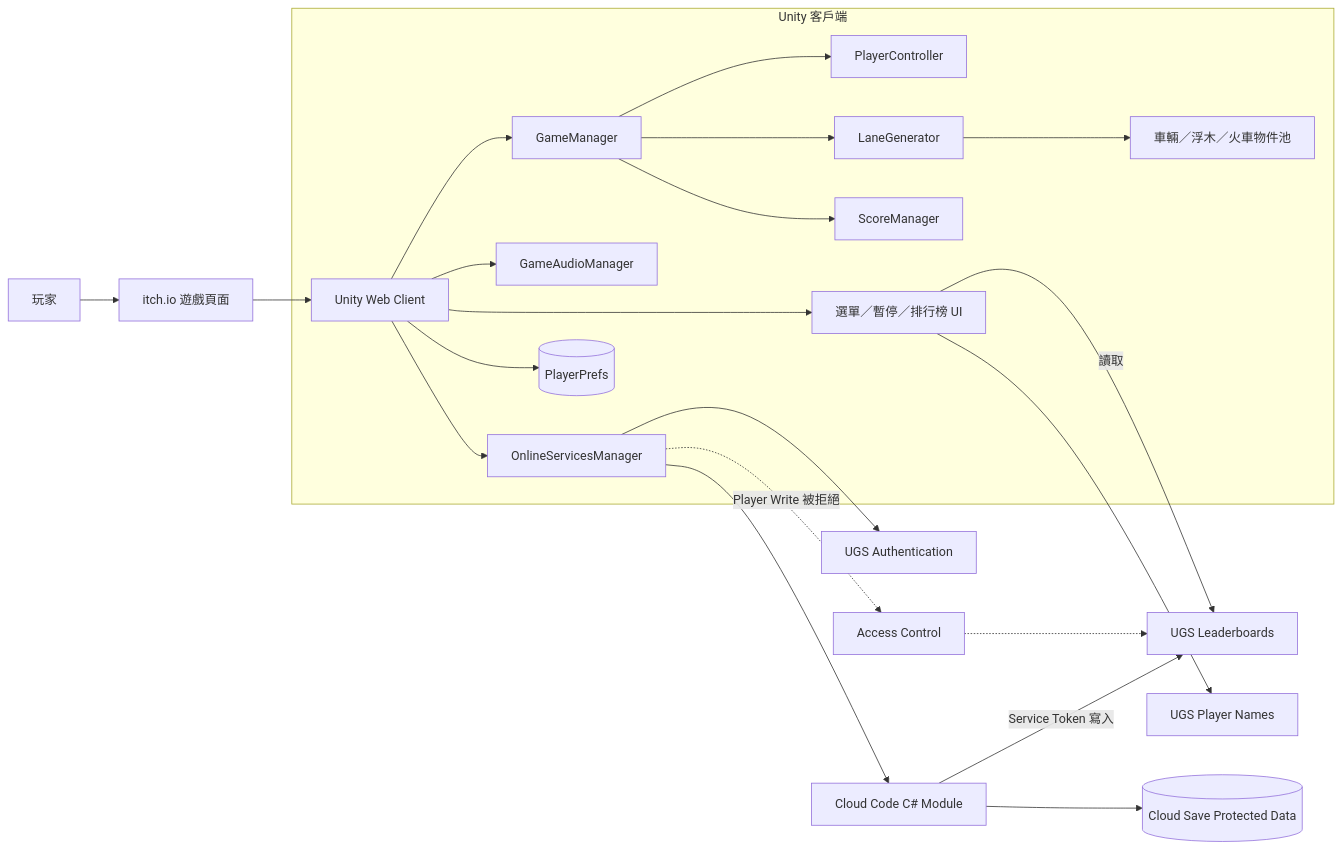
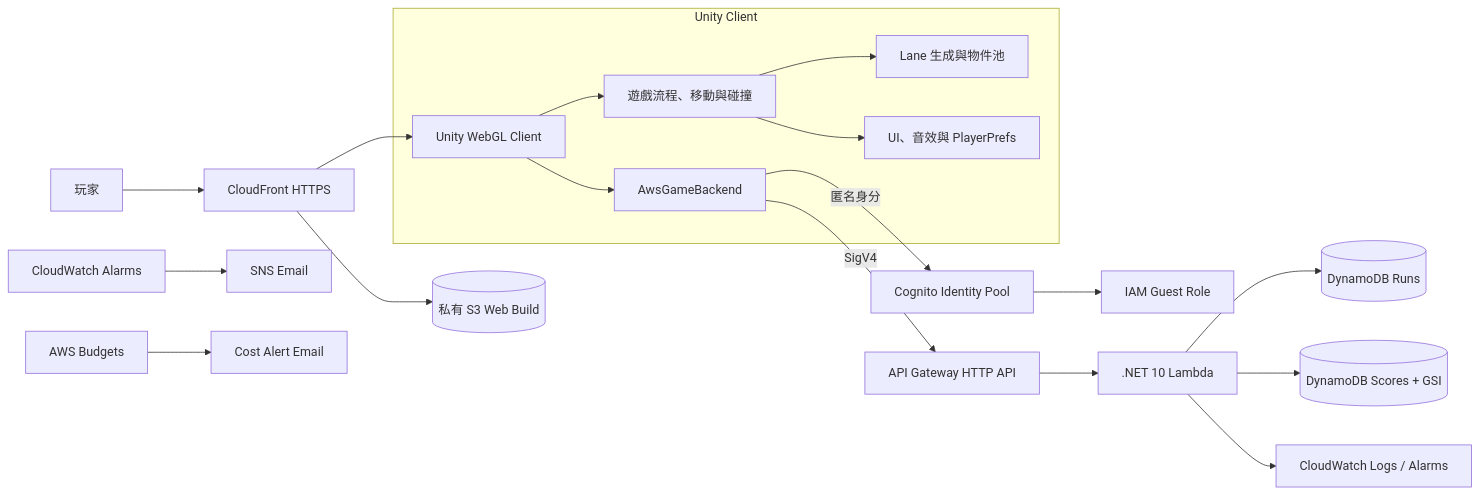
One commit to 789jacobis/CrossyGame changed the first of 2 diagrams in docs/ARCHITECTURE.md. Above: the diagram before and after it, drawn with Mermaid. The commit also changed other lines of this file and 41 other files, not shown here.

Commit message:
Deploy AWS serverless game backend

````diff
--- a/docs/ARCHITECTURE.md
+++ b/docs/ARCHITECTURE.md
@@ -5,26 +7,23 @@
 ```mermaid
 flowchart LR
-    Player[玩家] --> Page[itch.io 遊戲頁面]
-    Page --> Web[Unity Web Client]
+    Player[玩家] --> CDN[CloudFront HTTPS]
+    CDN --> Web[(私有 S3 Web Build)]
+    CDN --> Client[Unity WebGL Client]
 
-    subgraph Client[Unity 客戶端]
-        Web --> GameManager[GameManager]
-        GameManager --> PlayerController[PlayerController]
-        GameManager --> LaneGenerator[LaneGenerator]
-        LaneGenerator --> Pools[車輛／浮木／火車物件池]
-        GameManager --> ScoreManager[ScoreManager]
-        Web --> UI[選單／暫停／排行榜 UI]
-        Web --> Audio[GameAudioManager]
-        Web --> Online[OnlineServicesManager]
-        Web --> Local[(PlayerPrefs)]
+    subgraph ClientSide[Unity Client]
+        Client --> Game[遊戲流程、移動與碰撞]
+        Game --> World[Lane 生成與物件池]
+        Game --> UI[UI、音效與 PlayerPrefs]
+        Client --> Backend[AwsGameBackend]
     end
 
-    Online --> Auth[UGS Authentication]
-    Online --> CloudCode[Cloud Code C# Module]
-    UI -->|讀取| Leaderboards[UGS Leaderboards]
-    UI --> Names[UGS Player Names]
-    CloudCode --> Protected[(Cloud Save Protected Data)]
-    CloudCode -->|Service Token 寫入| Leaderboards
-    Online -.->|Player Write 被拒絕| Access[Access Control]
-    Access -.-> Leaderboards
+    Backend -->|匿名身分| Cognito[Cognito Identity Pool]
+    Cognito --> Role[IAM Guest Role]
+    Backend -->|SigV4| API[API Gateway HTTP API]
+    API --> Lambda[.NET 10 Lambda]
+    Lambda --> Runs[(DynamoDB Runs)]
+    Lambda --> Scores[(DynamoDB Scores + GSI)]
+    Lambda --> Logs[CloudWatch Logs / Alarms]
+    Alarms[CloudWatch Alarms] --> SNS[SNS Email]
+    Budget[AWS Budgets] --> Email[Cost Alert Email]
 ```
````
